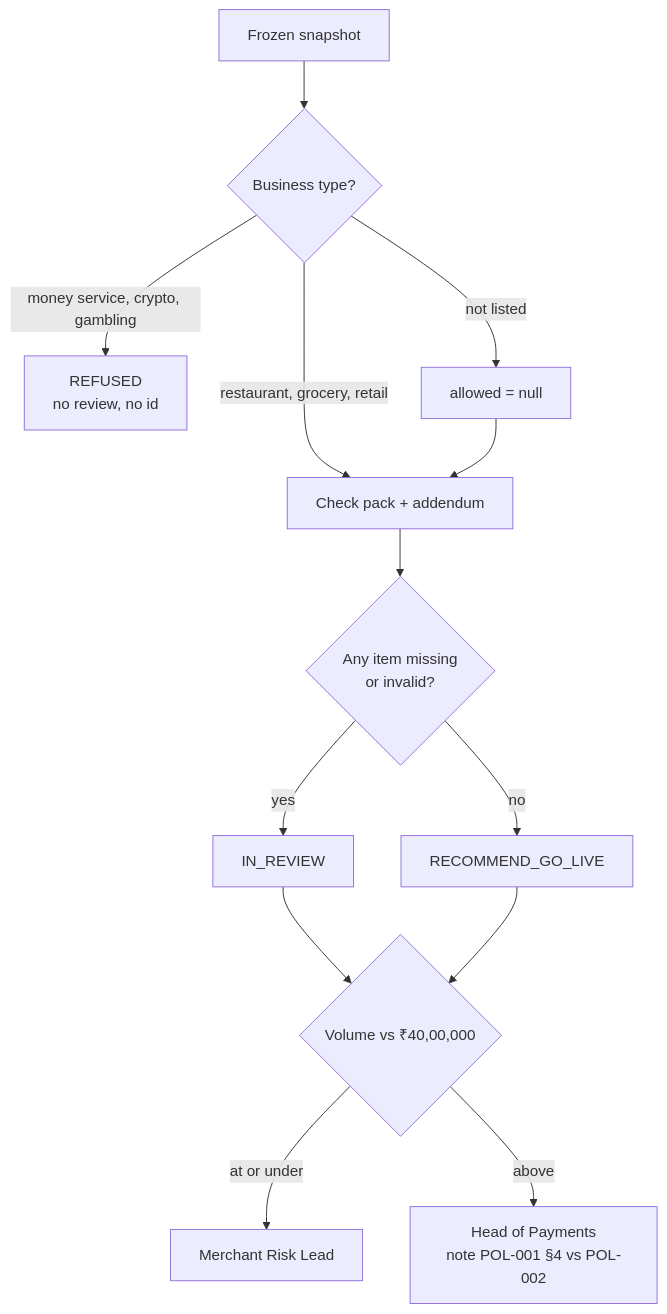
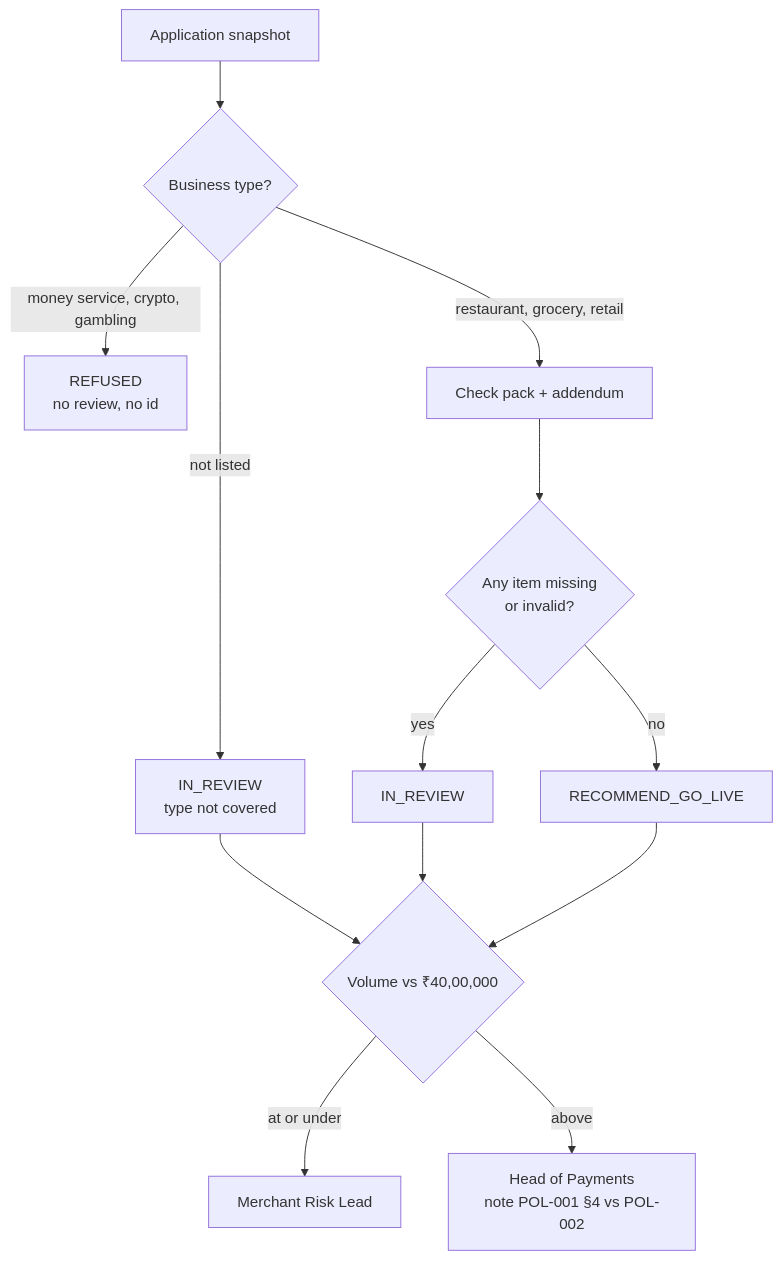
The sixth of 6 diagrams in docs/ADR-0001-architecture.md (Capstone-iPe/analysis), drawn with Mermaid before and after one commit. The commit also changed other lines of this file, not shown here.

Commit message:
Keep an unlisted shop in review, and check replies against the Correct list.

````diff
--- a/docs/ADR-0001-architecture.md
+++ b/docs/ADR-0001-architecture.md
@@ -201,14 +201,15 @@
 ```mermaid
 flowchart TB
-  s[Frozen snapshot] --> t{Business type?}
+  s[Application snapshot] --> t{Business type?}
   t -->|money service, crypto, gambling| ref[REFUSED<br/>no review, no id]
   t -->|restaurant, grocery, retail| chk
-  t -->|not listed| unl[allowed = null] --> chk
+  t -->|not listed| unl[IN_REVIEW<br/>type not covered]
   chk[Check pack + addendum] --> miss{Any item missing<br/>or invalid?}
   miss -->|yes| rev[IN_REVIEW]
   miss -->|no| go[RECOMMEND_GO_LIVE]
+  unl --> vol
   rev --> vol
   go --> vol
   vol{Volume vs ₹40,00,000} -->|at or under| lead[Merchant Risk Lead]
   vol -->|above| hop[Head of Payments<br/>note POL-001 §4 vs POL-002]
 ```
````
